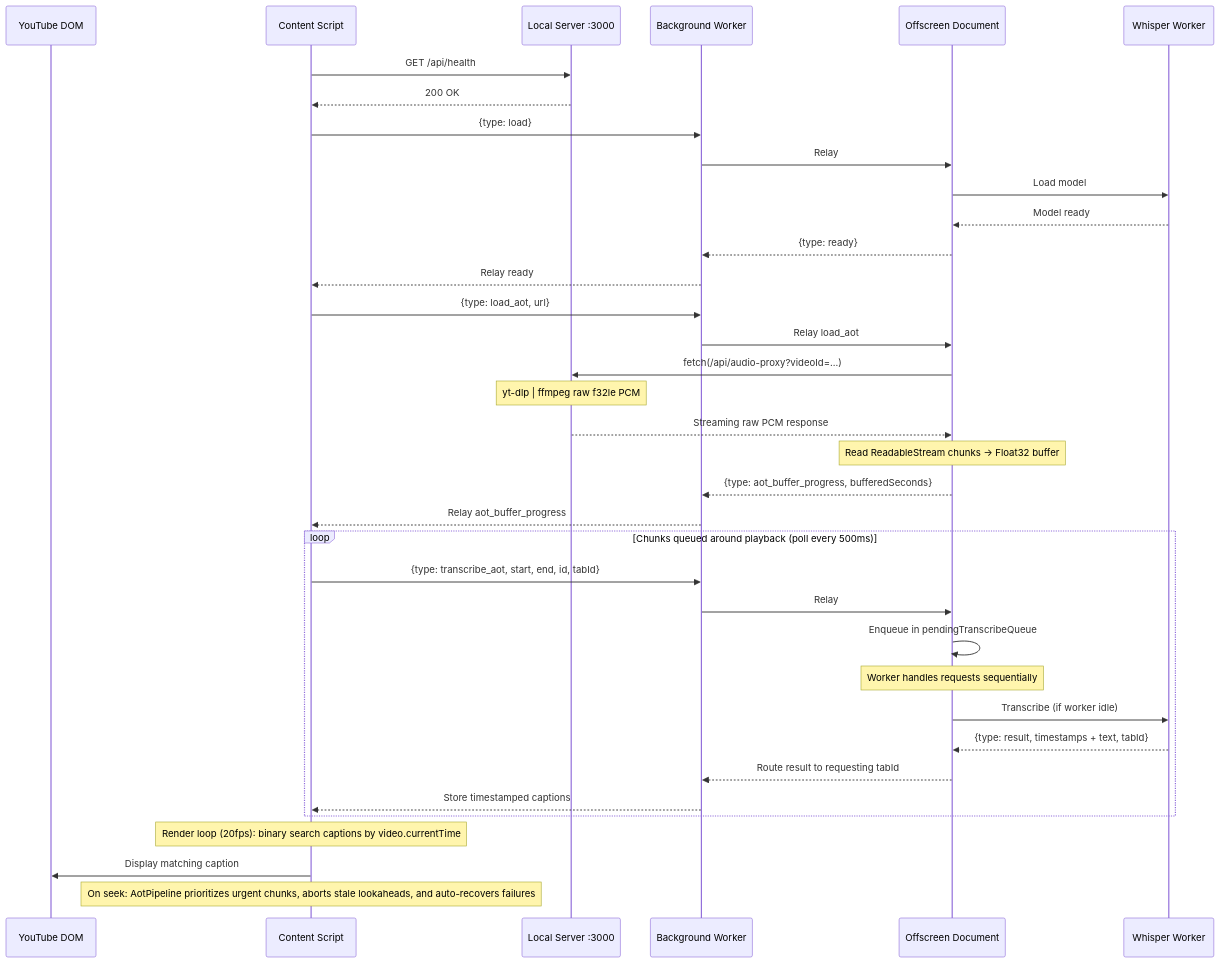
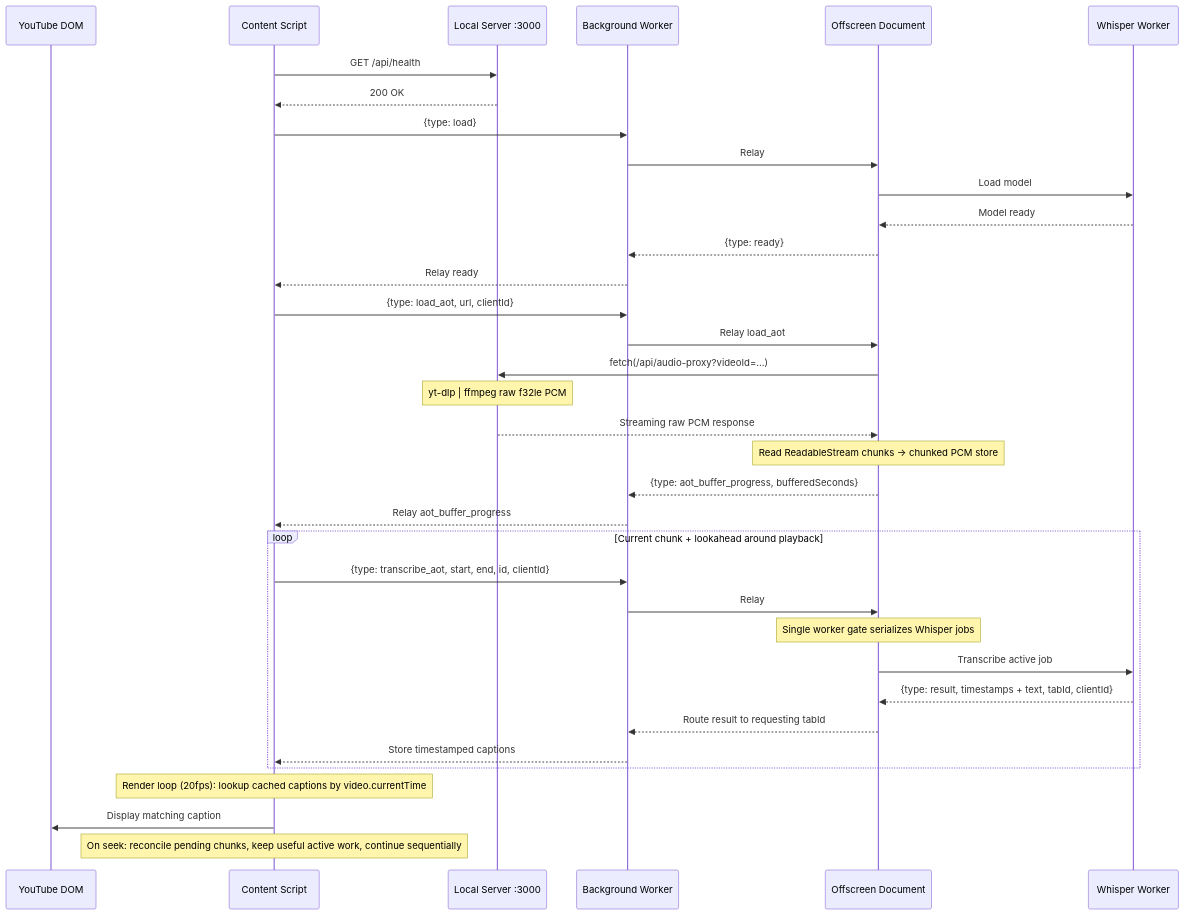
The second of 2 diagrams in README.md (pranansh-s/mute.ly), drawn with Mermaid before and after one commit. The commit also changed other lines of this file and 11 other files, not shown here.

````diff
--- a/README.md
+++ b/README.md
@@ -56,43 +56,42 @@
 ```mermaid
 sequenceDiagram
     participant YT as YouTube DOM
     participant CS as Content Script
     participant Srv as Local Server :3000
     participant BG as Background Worker
     participant OD as Offscreen Document
     participant WW as Whisper Worker
 
     CS->>Srv: GET /api/health
     Srv-->>CS: 200 OK
 
     CS->>BG: {type: load}
     BG->>OD: Relay
     OD->>WW: Load model
     WW-->>OD: Model ready
     OD-->>BG: {type: ready}
     BG-->>CS: Relay ready
 
-    CS->>BG: {type: load_aot, url}
+    CS->>BG: {type: load_aot, url, clientId}
     BG->>OD: Relay load_aot
     OD->>Srv: fetch(/api/audio-proxy?videoId=...)
     Note over Srv: yt-dlp | ffmpeg raw f32le PCM
     Srv-->>OD: Streaming raw PCM response
-    Note over OD: Read ReadableStream chunks → Float32 buffer
+    Note over OD: Read ReadableStream chunks → chunked PCM store
     OD-->>BG: {type: aot_buffer_progress, bufferedSeconds}
     BG-->>CS: Relay aot_buffer_progress
     
-    loop Chunks queued around playback (poll every 500ms)
-        CS->>BG: {type: transcribe_aot, start, end, id, tabId}
+    loop Current chunk + lookahead around playback
+        CS->>BG: {type: transcribe_aot, start, end, id, clientId}
         BG->>OD: Relay
-        OD->>OD: Enqueue in pendingTranscribeQueue
-        Note over OD: Worker handles requests sequentially
-        OD->>WW: Transcribe (if worker idle)
-        WW-->>OD: {type: result, timestamps + text, tabId}
+        Note over OD: Single worker gate serializes Whisper jobs
+        OD->>WW: Transcribe active job
+        WW-->>OD: {type: result, timestamps + text, tabId, clientId}
         OD-->>BG: Route result to requesting tabId
         BG-->>CS: Store timestamped captions
     end
 
-    Note over CS: Render loop (20fps): binary search captions by video.currentTime
+    Note over CS: Render loop (20fps): lookup cached captions by video.currentTime
     CS->>YT: Display matching caption
-    Note over CS: On seek: AotPipeline prioritizes urgent chunks, aborts stale lookaheads, and auto-recovers failures
+    Note over CS: On seek: reconcile pending chunks, keep useful active work, continue sequentially
 ```
````
